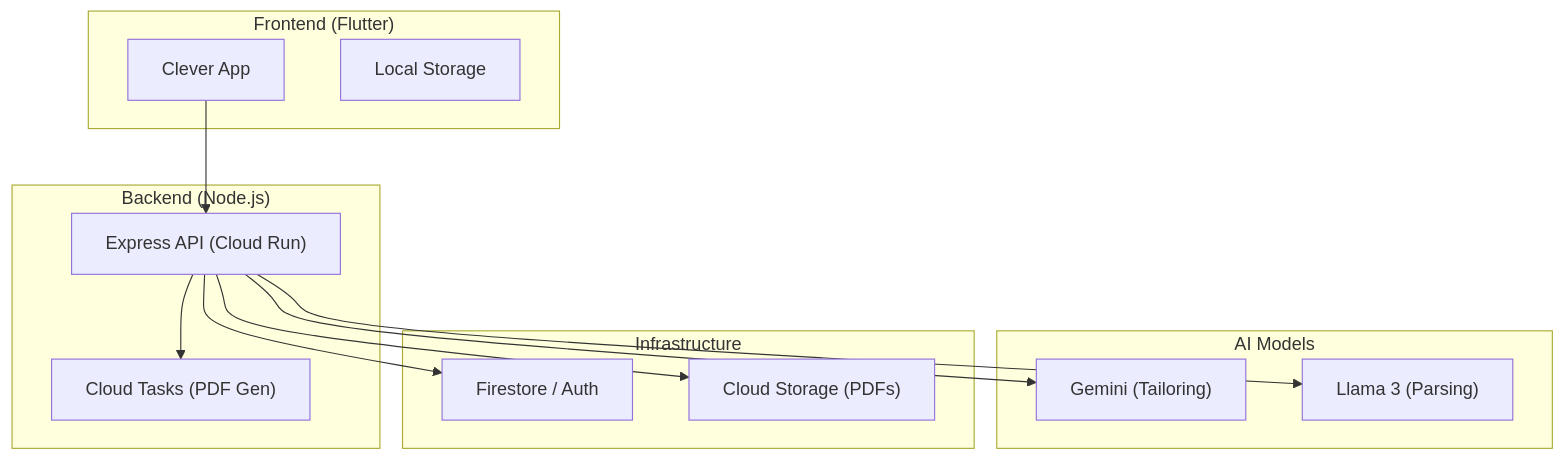
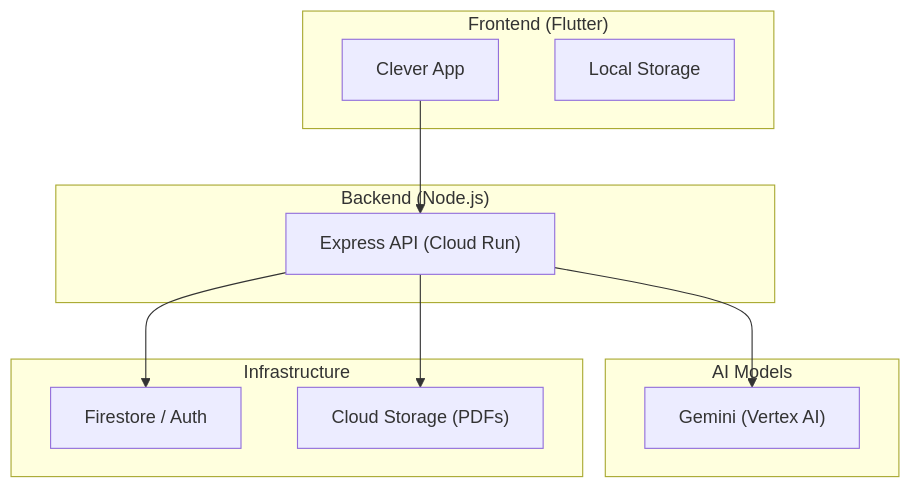
One commit to Amrlmlna/CleVer changed the first of 2 diagrams in README.md. Above: the diagram before and after it, drawn with Mermaid. The commit also changed other lines of this file and 1 other file, not shown here.

````diff
--- a/README.md
+++ b/README.md
@@ -56,29 +56,25 @@
 ```mermaid
 graph TD
     subgraph "Frontend (Flutter)"
         App["Clever App"]
         Local["Local Storage"]
     end
 
     subgraph "Backend (Node.js)"
         API["Express API (Cloud Run)"]
-        Tasks["Cloud Tasks (PDF Gen)"]
     end
 
     subgraph "AI Models"
-        Gemini["Gemini (Tailoring)"]
-        Llama["Llama 3 (Parsing)"]
+        Gemini["Gemini (Vertex AI)"]
     end
 
     subgraph "Infrastructure"
         Firebase["Firestore / Auth"]
         GCS["Cloud Storage (PDFs)"]
     end
 
     App --> API
     API --> Gemini
-    API --> Llama
     API --> Firebase
     API --> GCS
-    API --> Tasks
 ```
````
